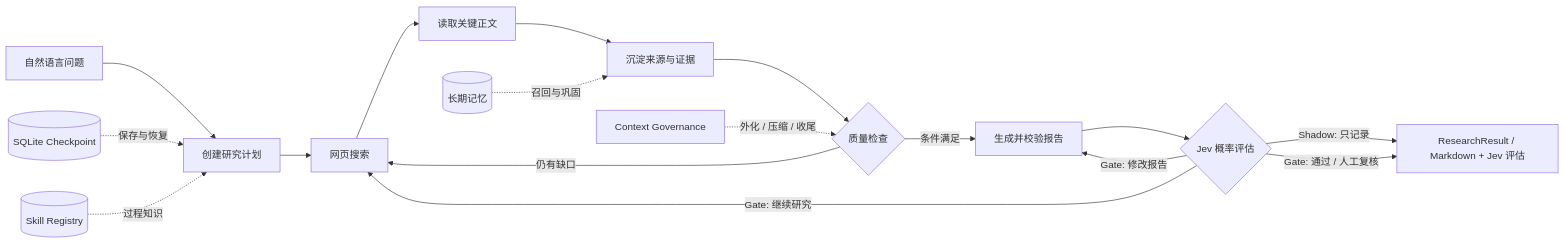
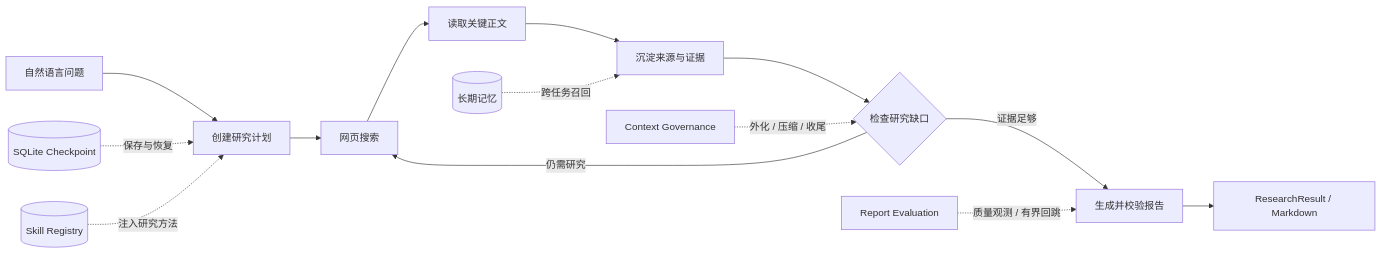
Before and after one commit to 1612535983/deepreseach-learing: the first of 2 diagrams in README.md, drawn with Mermaid. The commit also changed other lines of this file, not shown here.

Commit message:
docs: refocus readme for research and learning

````diff
--- a/README.md
+++ b/README.md
@@ -64,20 +125,17 @@
 ```mermaid
 flowchart LR
     A[自然语言问题] --> B[创建研究计划]
     B --> C[网页搜索]
     C --> D[读取关键正文]
     D --> E[沉淀来源与证据]
-    E --> F{质量检查}
-    F -->|仍有缺口| C
-    F -->|条件满足| G[生成并校验报告]
-    G --> M{Jev 概率评估}
-    M -->|Shadow: 只记录| H[ResearchResult / Markdown + Jev 评估]
-    M -->|Gate: 通过 / 人工复核| H
-    M -->|Gate: 继续研究| C
-    M -->|Gate: 修改报告| G
+    E --> F{检查研究缺口}
+    F -->|仍需研究| C
+    F -->|证据足够| G[生成并校验报告]
+    G --> H[ResearchResult / Markdown]
 
     I[(SQLite Checkpoint)] -.保存与恢复.-> B
-    J[(长期记忆)] -.召回与巩固.-> E
-    L[(Skill Registry)] -.过程知识.-> B
+    J[(长期记忆)] -.跨任务召回.-> E
     K[Context Governance] -.外化 / 压缩 / 收尾.-> F
+    L[(Skill Registry)] -.注入研究方法.-> B
+    M[Report Evaluation] -.质量观测 / 有界回跳.-> G
 ```
````
